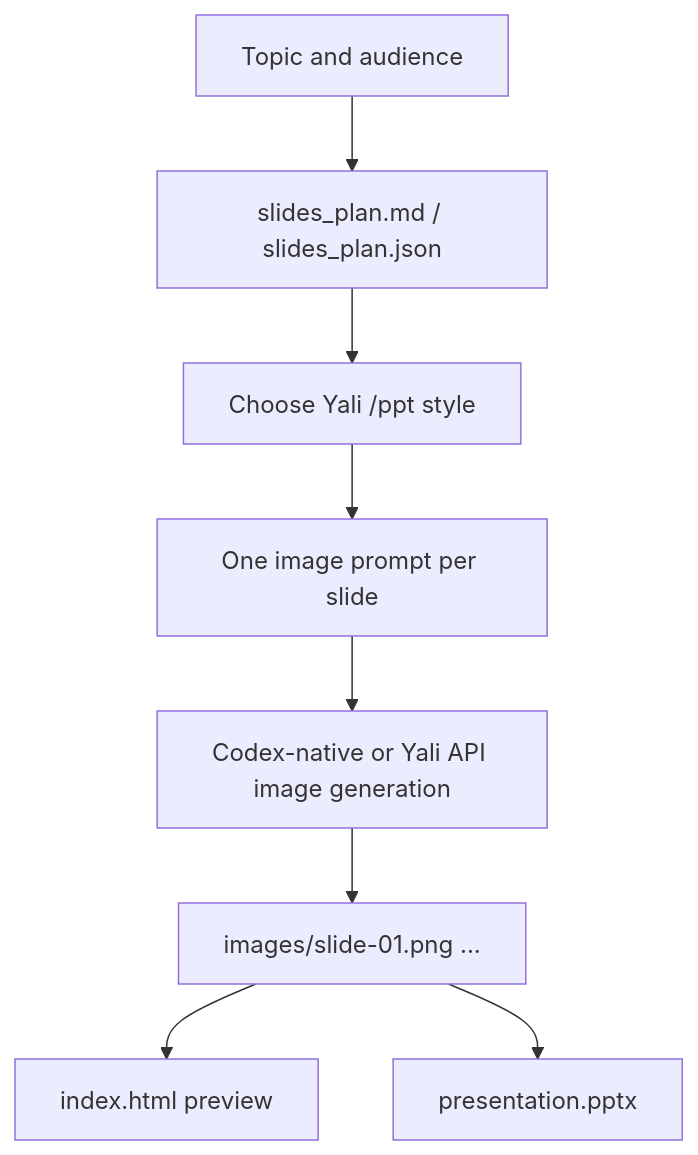
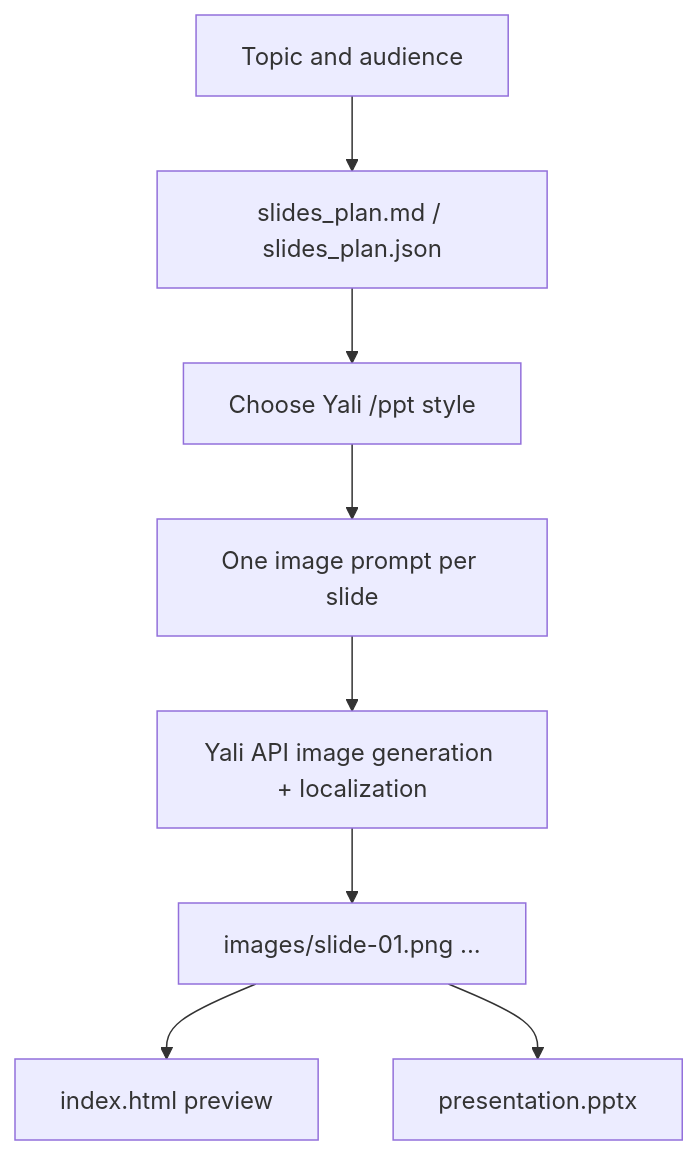
Before and after one commit to pptt121212/yaliai-gpt-image-2-inspiration: the diagram in docs/ppt-examples.md, drawn with Mermaid. The commit also changed other lines of this file and 33 other files, not shown here.

Commit message:
Release 0.1.13 with Yali API runners

````diff
--- a/docs/ppt-examples.md
+++ b/docs/ppt-examples.md
@@ -7,10 +7,10 @@
 ```mermaid
 flowchart TD
   A["Topic and audience"] --> B["slides_plan.md / slides_plan.json"]
   B --> C["Choose Yali /ppt style"]
   C --> D["One image prompt per slide"]
-  D --> E["Codex-native or Yali API image generation"]
+  D --> E["Yali API image generation + localization"]
   E --> F["images/slide-01.png ..."]
   F --> G["index.html preview"]
   F --> H["presentation.pptx"]
 ```
````
